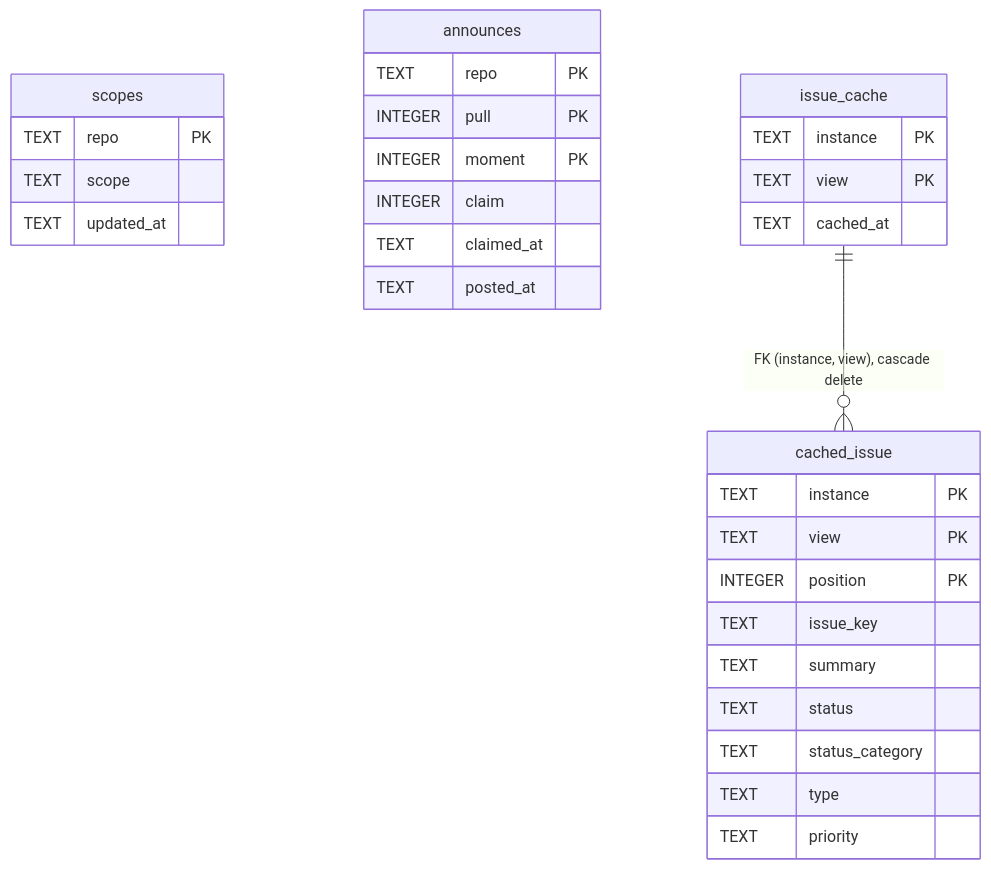
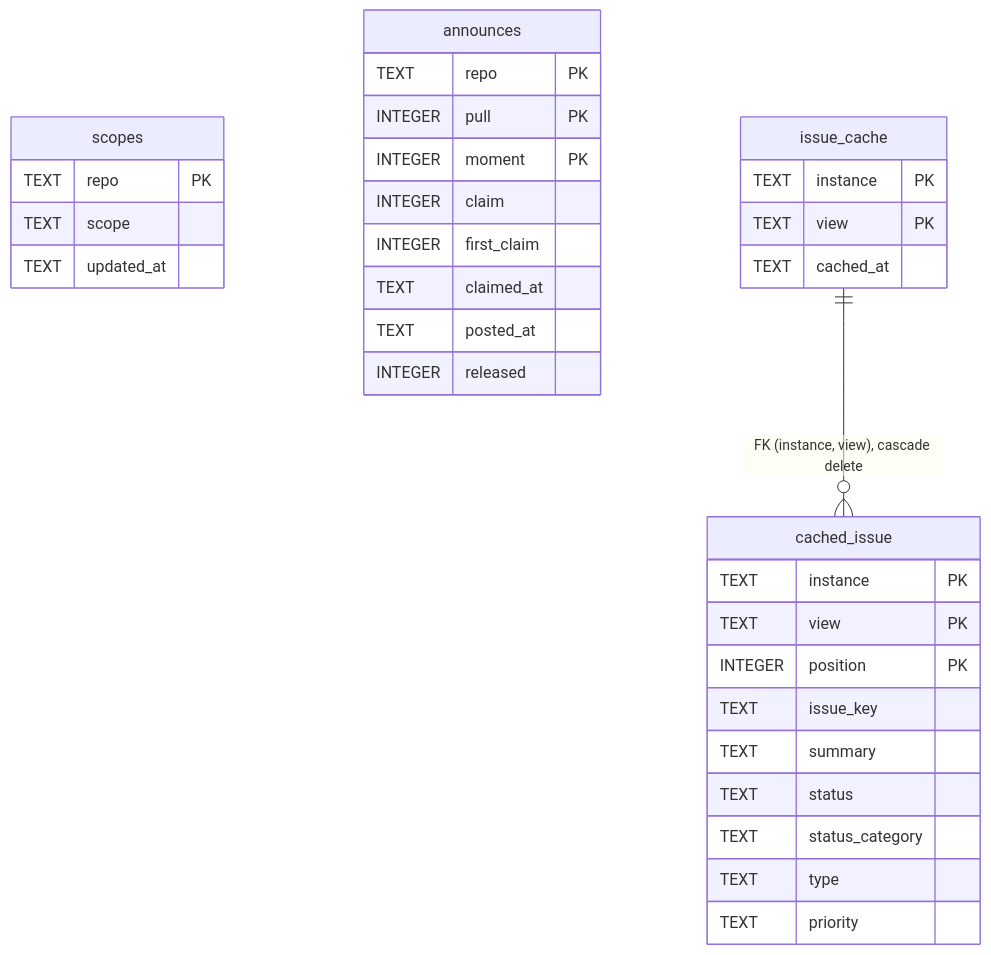
Before and after one commit to jacob-delgado/workflow: the third of 4 diagrams in ARCHITECTURE.md, drawn with Mermaid. The commit also changed other lines of this file and 13 other files, not shown here.

````diff
--- a/ARCHITECTURE.md
+++ b/ARCHITECTURE.md
@@ -361,33 +361,35 @@
 ```mermaid
 erDiagram
     scopes {
         TEXT repo PK
         TEXT scope
         TEXT updated_at
     }
     announces {
         TEXT repo PK
         INTEGER pull PK
         INTEGER moment PK
         INTEGER claim
+        INTEGER first_claim
         TEXT claimed_at
         TEXT posted_at
+        INTEGER released
     }
     issue_cache ||--o{ cached_issue : "FK (instance, view), cascade delete"
     issue_cache {
         TEXT instance PK
         TEXT view PK
         TEXT cached_at
     }
     cached_issue {
         TEXT instance PK
         TEXT view PK
         INTEGER position PK
         TEXT issue_key
         TEXT summary
         TEXT status
         TEXT status_category
         TEXT type
         TEXT priority
     }
 ```
````
